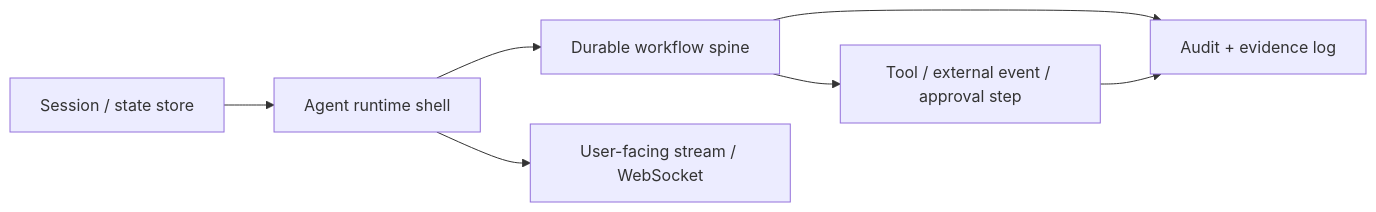
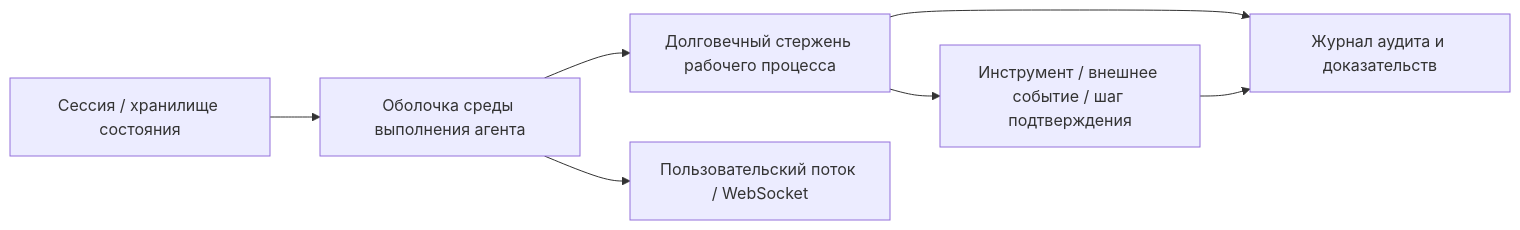
The second of 2 diagrams in docs/book/part-vii/chapter-16.md (agent-axiom/agent-arch), drawn with Mermaid before and after one commit. The commit also changed other lines of this file and 29 other files, not shown here.

````diff
--- a/docs/book/part-vii/chapter-16.md
+++ b/docs/book/part-vii/chapter-16.md
@@ -243,9 +243,9 @@
 ``` mermaid
 flowchart LR
-    S["Session / state store"] --> A["Agent runtime shell"]
-    A --> W["Durable workflow spine"]
-    W --> E["Tool / external event / approval step"]
-    W --> L["Audit + evidence log"]
-    A --> U["User-facing stream / WebSocket"]
+    S["Сессия / хранилище состояния"] --> A["Оболочка среды выполнения агента"]
+    A --> W["Долговечный стержень рабочего процесса"]
+    W --> E["Инструмент / внешнее событие / шаг подтверждения"]
+    W --> L["Журнал аудита и доказательств"]
+    A --> U["Пользовательский поток / WebSocket"]
     E --> L
 ```
````
